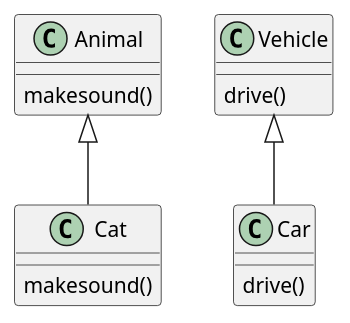
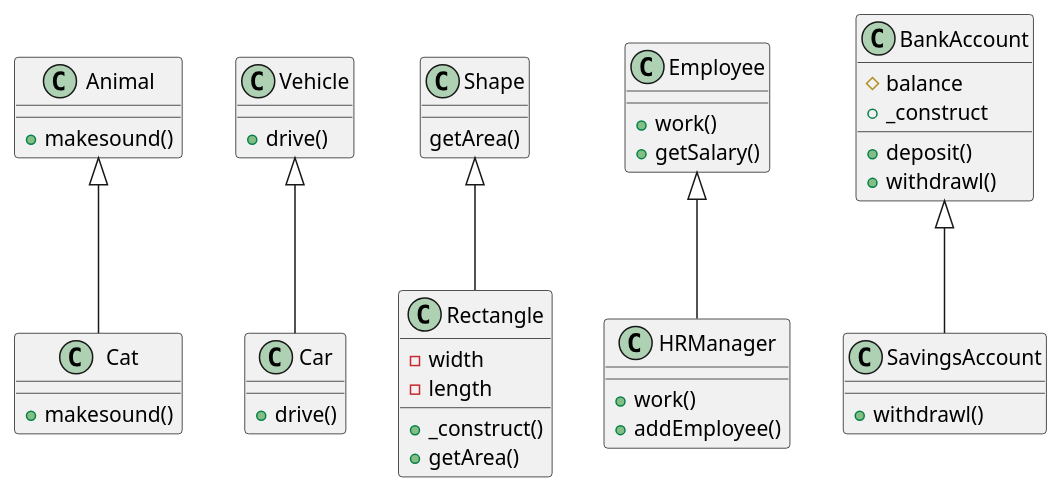
The diagram in exercises/ex-objects-inheritence.puml (tanveerali13/block3-adv-web), drawn with PlantUML before and after one commit. The commit also changed 1 other file, not shown here.

```diff
--- a/exercises/ex-objects-inheritence.puml
+++ b/exercises/ex-objects-inheritence.puml
@@ -1,16 +1,50 @@
 @startuml
 
+' Problem 1
 class Animal{
-    makesound()
+    +makesound()
 }
 class Cat extends Animal{
-    makesound()
+    +makesound()
 }
 
+' Problem 2
 class Vehicle{
-    drive()
+    +drive()
 }
 class Car extends Vehicle{
-    drive()
+    +drive()
+}
+
+' Problem 3
+class Shape{
+    getArea()
+}
+class Rectangle extends Shape{
+    -width
+    -length
+    +_construct()
+    +getArea()
+}
+
+' Problem 4
+class Employee{
+    +work()
+    +getSalary()
+}
+class HRManager extends Employee{
+    +work()
+    +addEmployee()  
+}
+
+' Problem 5
+class BankAccount{
+    #balance
+    +_construct
+    +deposit()
+    +withdrawl()
+}
+class SavingsAccount extends BankAccount{
+    +withdrawl()
 }
 @enduml
```
